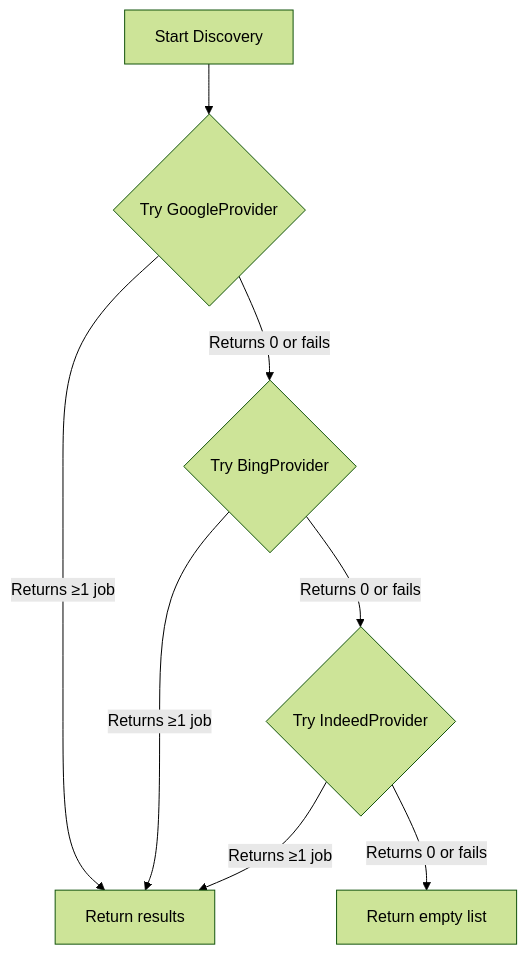
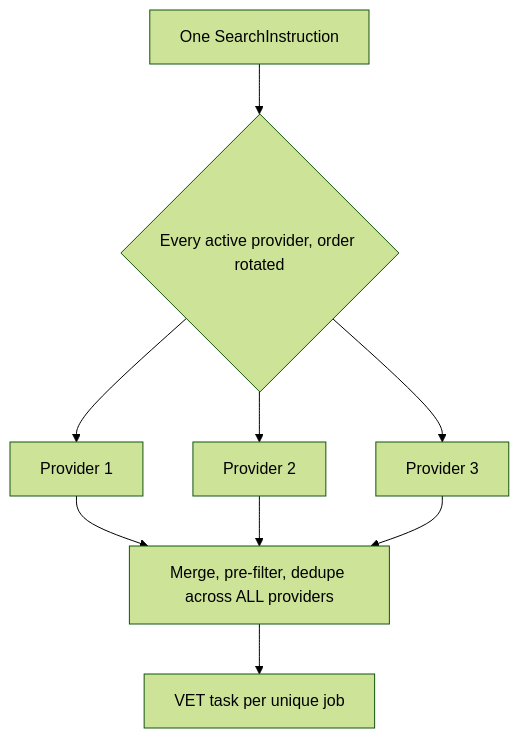
The second of 2 diagrams in packages/auto_apply/docs/architecture/discovery_strategies.md (Liebmann5/AA), drawn with Mermaid (forest theme) before and after one commit. The commit also changed other lines of this file and 14 other files, not shown here.

Commit message:
Automated search: ADR-020 and the user, configuration, architecture and reference docs

````diff
--- a/packages/auto_apply/docs/architecture/discovery_strategies.md
+++ b/packages/auto_apply/docs/architecture/discovery_strategies.md
@@ -182,10 +202,11 @@
 ```mermaid
 graph TD
-    A[Start Discovery] --> B{Try GoogleProvider}
-    B -- Returns ≥1 job --> E[Return results]
-    B -- Returns 0 or fails --> C{Try BingProvider}
-    C -- Returns ≥1 job --> E
-    C -- Returns 0 or fails --> D{Try IndeedProvider}
-    D -- Returns ≥1 job --> E
-    D -- Returns 0 or fails --> F[Return empty list]
+    A[One SearchInstruction] --> B{Every active provider, order rotated}
+    B --> C[Provider 1]
+    B --> D[Provider 2]
+    B --> E[Provider 3]
+    C --> F[Merge, pre-filter, dedupe across ALL providers]
+    D --> F
+    E --> F
+    F --> G[VET task per unique job]
 ```
````
